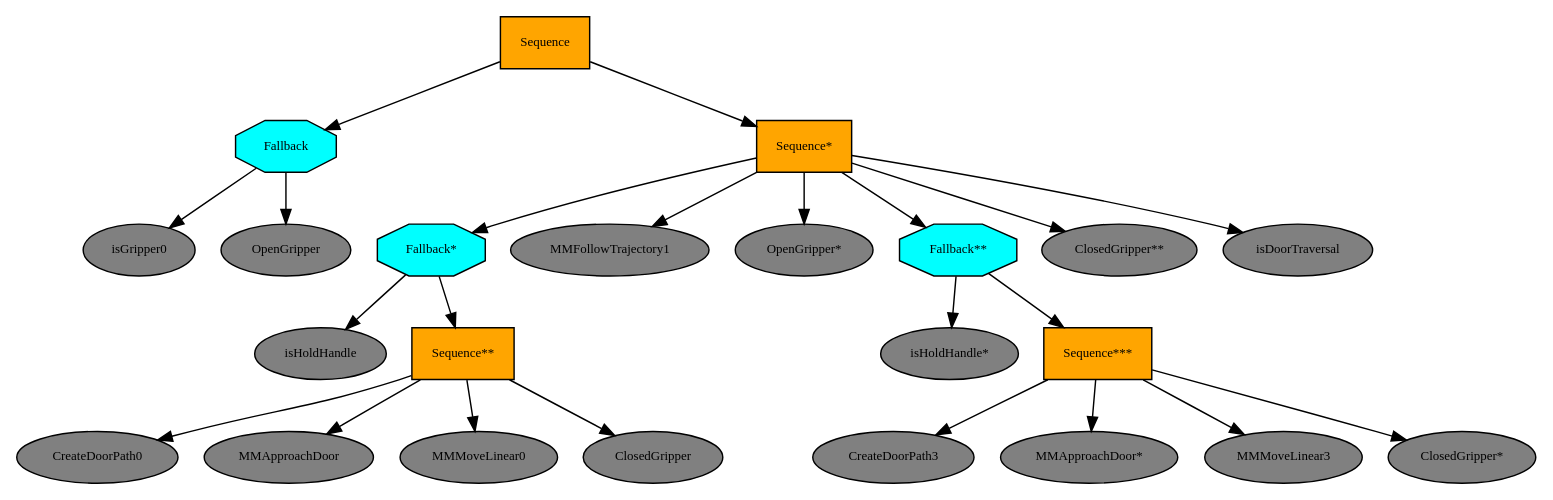
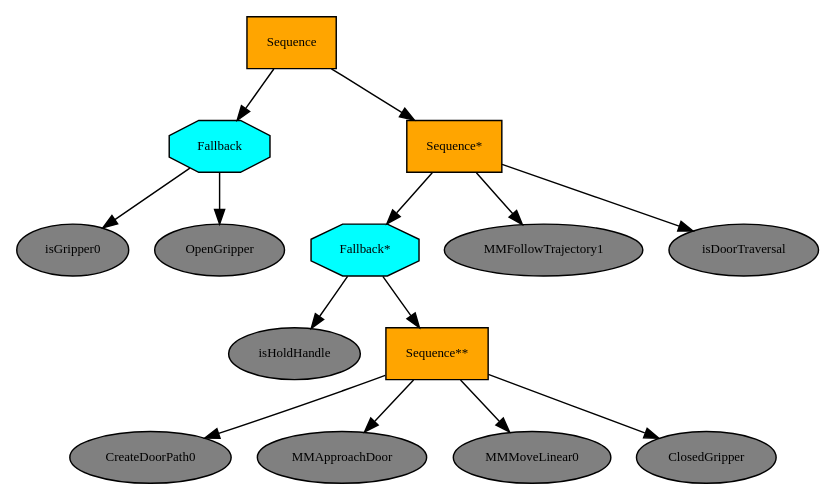
One commit to F-H-P/UsingRLtoConstructBT-SeniorThesis changed the diagram in BT-RL_ws/sequence.dot. Above: the diagram before and after it, drawn with Graphviz. The commit also changed 13 other files, not shown here.

```diff
--- a/BT-RL_ws/sequence.dot
+++ b/BT-RL_ws/sequence.dot
@@ -1,51 +1,33 @@
 digraph pastafarianism {
 ordering=out;
 graph [fontname="times-roman"];
 node [fontname="times-roman"];
 edge [fontname="times-roman"];
 Sequence [fillcolor=orange, fontcolor=black, fontsize=9, label=Sequence, shape=box, style=filled];
 Fallback [fillcolor=cyan, fontcolor=black, fontsize=9, label=Fallback, shape=octagon, style=filled];
 Sequence -> Fallback;
 isGripper0 [fillcolor=gray, fontcolor=black, fontsize=9, label=isGripper0, shape=ellipse, style=filled];
 Fallback -> isGripper0;
 OpenGripper [fillcolor=gray, fontcolor=black, fontsize=9, label=OpenGripper, shape=ellipse, style=filled];
 Fallback -> OpenGripper;
 "Sequence*" [fillcolor=orange, fontcolor=black, fontsize=9, label="Sequence*", shape=box, style=filled];
 Sequence -> "Sequence*";
 "Fallback*" [fillcolor=cyan, fontcolor=black, fontsize=9, label="Fallback*", shape=octagon, style=filled];
 "Sequence*" -> "Fallback*";
 isHoldHandle [fillcolor=gray, fontcolor=black, fontsize=9, label=isHoldHandle, shape=ellipse, style=filled];
 "Fallback*" -> isHoldHandle;
 "Sequence**" [fillcolor=orange, fontcolor=black, fontsize=9, label="Sequence**", shape=box, style=filled];
 "Fallback*" -> "Sequence**";
 CreateDoorPath0 [fillcolor=gray, fontcolor=black, fontsize=9, label=CreateDoorPath0, shape=ellipse, style=filled];
 "Sequence**" -> CreateDoorPath0;
 MMApproachDoor [fillcolor=gray, fontcolor=black, fontsize=9, label=MMApproachDoor, shape=ellipse, style=filled];
 "Sequence**" -> MMApproachDoor;
 MMMoveLinear0 [fillcolor=gray, fontcolor=black, fontsize=9, label=MMMoveLinear0, shape=ellipse, style=filled];
 "Sequence**" -> MMMoveLinear0;
 ClosedGripper [fillcolor=gray, fontcolor=black, fontsize=9, label=ClosedGripper, shape=ellipse, style=filled];
 "Sequence**" -> ClosedGripper;
 MMFollowTrajectory1 [fillcolor=gray, fontcolor=black, fontsize=9, label=MMFollowTrajectory1, shape=ellipse, style=filled];
 "Sequence*" -> MMFollowTrajectory1;
-"OpenGripper*" [fillcolor=gray, fontcolor=black, fontsize=9, label="OpenGripper*", shape=ellipse, style=filled];
-"Sequence*" -> "OpenGripper*";
-"Fallback**" [fillcolor=cyan, fontcolor=black, fontsize=9, label="Fallback**", shape=octagon, style=filled];
-"Sequence*" -> "Fallback**";
-"isHoldHandle*" [fillcolor=gray, fontcolor=black, fontsize=9, label="isHoldHandle*", shape=ellipse, style=filled];
-"Fallback**" -> "isHoldHandle*";
-"Sequence***" [fillcolor=orange, fontcolor=black, fontsize=9, label="Sequence***", shape=box, style=filled];
-"Fallback**" -> "Sequence***";
-CreateDoorPath3 [fillcolor=gray, fontcolor=black, fontsize=9, label=CreateDoorPath3, shape=ellipse, style=filled];
-"Sequence***" -> CreateDoorPath3;
-"MMApproachDoor*" [fillcolor=gray, fontcolor=black, fontsize=9, label="MMApproachDoor*", shape=ellipse, style=filled];
-"Sequence***" -> "MMApproachDoor*";
-MMMoveLinear3 [fillcolor=gray, fontcolor=black, fontsize=9, label=MMMoveLinear3, shape=ellipse, style=filled];
-"Sequence***" -> MMMoveLinear3;
-"ClosedGripper*" [fillcolor=gray, fontcolor=black, fontsize=9, label="ClosedGripper*", shape=ellipse, style=filled];
-"Sequence***" -> "ClosedGripper*";
-"ClosedGripper**" [fillcolor=gray, fontcolor=black, fontsize=9, label="ClosedGripper**", shape=ellipse, style=filled];
-"Sequence*" -> "ClosedGripper**";
 isDoorTraversal [fillcolor=gray, fontcolor=black, fontsize=9, label=isDoorTraversal, shape=ellipse, style=filled];
 "Sequence*" -> isDoorTraversal;
 }
```
